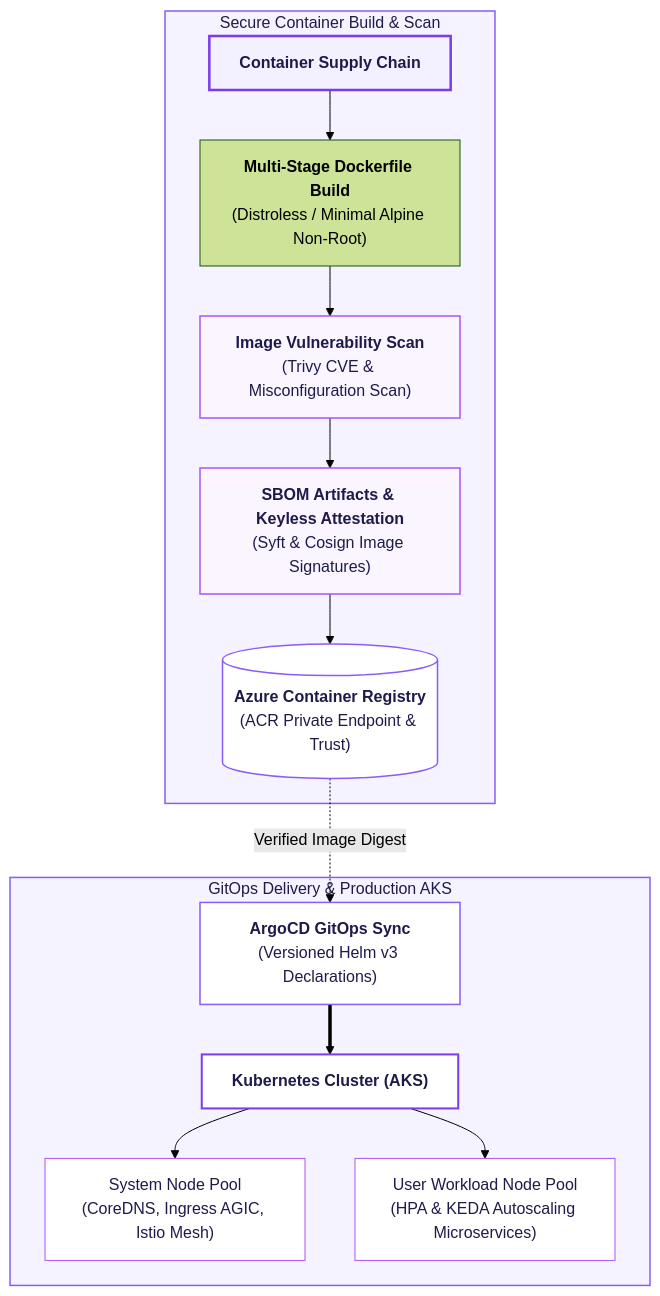
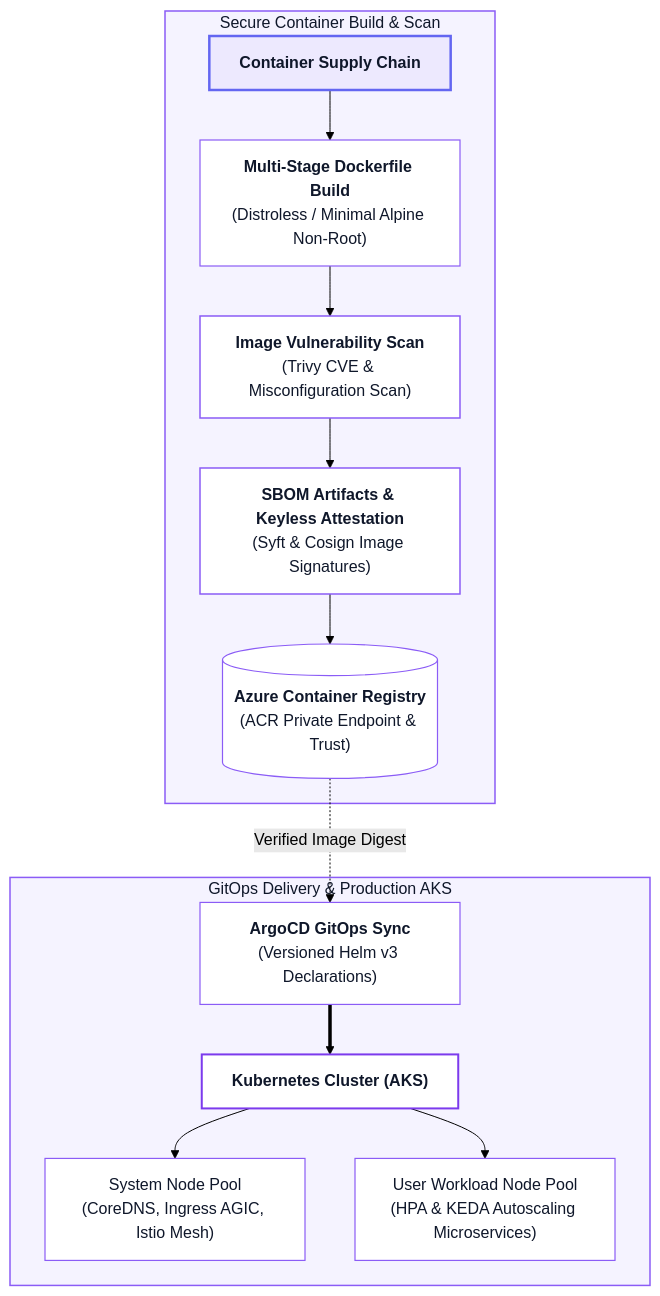
Before and after one commit to Ankitasingh-singh/Ankitasingh-singh: the ninth of 10 diagrams in README.md, drawn with Mermaid (forest theme). The commit also changed other lines of this file, not shown here.

````diff
--- a/README.md
+++ b/README.md
@@ -500,30 +601,32 @@
 ```mermaid
 flowchart TD
     CSC["<b>Container Supply Chain</b>"]
     
     subgraph Hardening["Secure Container Build & Scan"]
         CSC --> DockerBuild["<b>Multi-Stage Dockerfile Build</b><br/>(Distroless / Minimal Alpine Non-Root)"]
         DockerBuild --> VulnScan["<b>Image Vulnerability Scan</b><br/>(Trivy CVE & Misconfiguration Scan)"]
         VulnScan --> SBOM["<b>SBOM Artifacts & Keyless Attestation</b><br/>(Syft & Cosign Image Signatures)"]
         SBOM --> ACR[("<b>Azure Container Registry</b><br/>(ACR Private Endpoint & Trust)")]
     end
 
     subgraph GitOpsK8s["GitOps Delivery & Production AKS"]
         ACR -.->|"Verified Image Digest"| ArgoCD["<b>ArgoCD GitOps Sync</b><br/>(Versioned Helm v3 Declarations)"]
         ArgoCD ==> Cluster["<b>Kubernetes Cluster (AKS)</b>"]
         
         Cluster --> SysPool["System Node Pool<br/>(CoreDNS, Ingress AGIC, Istio Mesh)"]
         Cluster --> UsrPool["User Workload Node Pool<br/>(HPA & KEDA Autoscaling Microservices)"]
     end
 
-    style CSC fill:#f3f0ff,stroke:#7c3aed,stroke-width:2.5px,color:#1e1b4b
-    style Hardening fill:#f5f3ff,stroke:#8b5cf6,stroke-width:1.5px,color:#1e1b4b
-    style GitOpsK8s fill:#f5f3ff,stroke:#8b5cf6,stroke-width:1.5px,color:#1e1b4b
-    style VulnScan fill:#faf5ff,stroke:#a855f7,stroke-width:1.5px,color:#1e1b4b
-    style SBOM fill:#faf5ff,stroke:#a855f7,stroke-width:1.5px,color:#1e1b4b
-    style ACR fill:#ffffff,stroke:#8b5cf6,stroke-width:1.5px,color:#1e1b4b
-    style ArgoCD fill:#ffffff,stroke:#8b5cf6,stroke-width:1.5px,color:#1e1b4b
-    style Cluster fill:#ffffff,stroke:#7c3aed,stroke-width:2px,color:#1e1b4b
-    style SysPool fill:#ffffff,stroke:#a855f7,stroke-width:1px,color:#1e1b4b
-    style UsrPool fill:#ffffff,stroke:#a855f7,stroke-width:1px,color:#1e1b4b
+    style CSC fill:#ede9fe,stroke:#6366f1,stroke-width:2.5px,color:#0f172a
+    style Hardening fill:#f5f3ff,stroke:#8b5cf6,stroke-width:1.5px,color:#0f172a
+    style GitOpsK8s fill:#f5f3ff,stroke:#8b5cf6,stroke-width:1.5px,color:#0f172a
+
+    style DockerBuild fill:#ffffff,stroke:#8b5cf6,stroke-width:1.2px,color:#0f172a
+    style VulnScan fill:#ffffff,stroke:#8b5cf6,stroke-width:1.5px,color:#0f172a
+    style SBOM fill:#ffffff,stroke:#8b5cf6,stroke-width:1.5px,color:#0f172a
+    style ACR fill:#ffffff,stroke:#8b5cf6,stroke-width:1.2px,color:#0f172a
+    style ArgoCD fill:#ffffff,stroke:#8b5cf6,stroke-width:1.2px,color:#0f172a
+    style Cluster fill:#ffffff,stroke:#7c3aed,stroke-width:2px,color:#0f172a
+    style SysPool fill:#ffffff,stroke:#8b5cf6,stroke-width:1.2px,color:#0f172a
+    style UsrPool fill:#ffffff,stroke:#8b5cf6,stroke-width:1.2px,color:#0f172a
 ```
````
